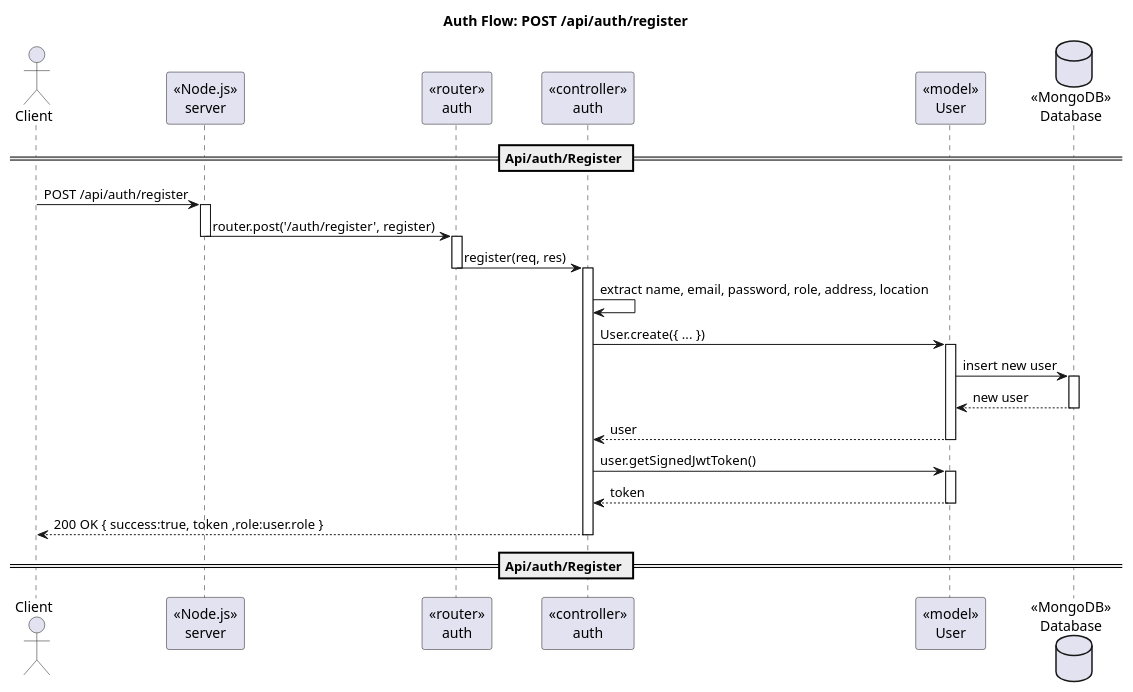
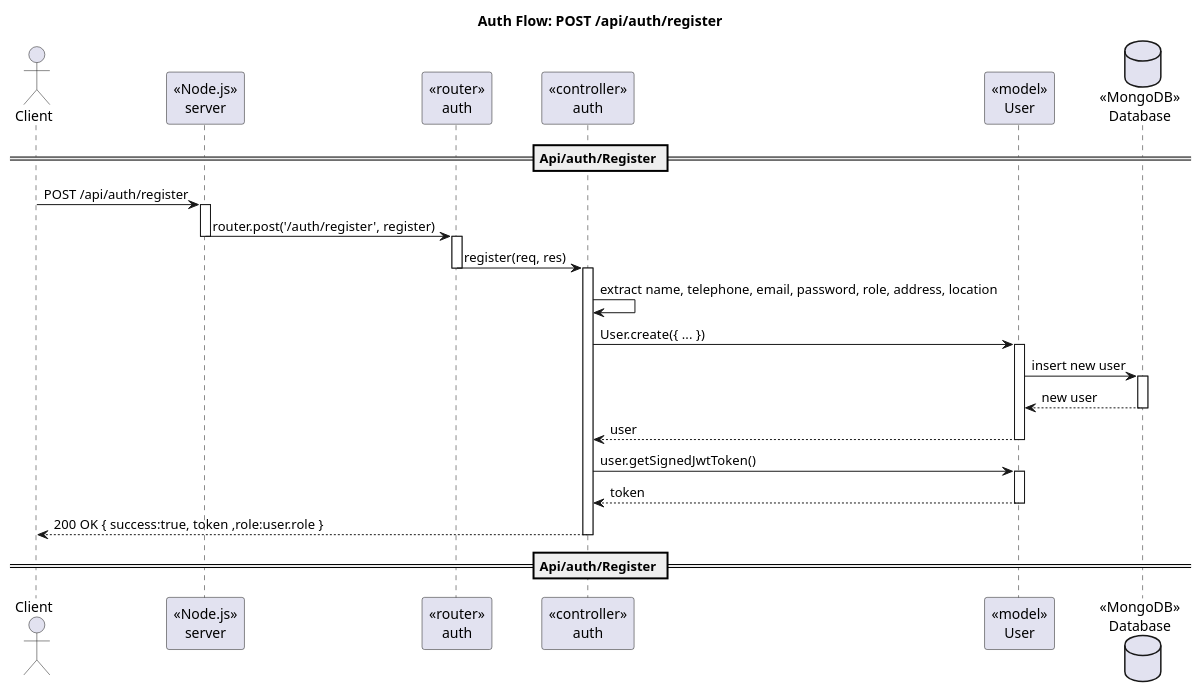
One commit to 098ff/ArtmaybeDEV changed the diagram in docs/diagram/sequence/seq_auth_register_post.puml. Above: the diagram before and after it, drawn with PlantUML. The commit also changed 3 other files, not shown here.

Commit message:
fix: some diagram logics

```diff
--- a/docs/diagram/sequence/seq_auth_register_post.puml
+++ b/docs/diagram/sequence/seq_auth_register_post.puml
@@ -1,41 +1,41 @@
 @startuml
 title Auth Flow: POST /api/auth/register
 actor Client
 participant "«Node.js»\nserver" as Server
 participant "«router»\nauth" as Router
 participant "«controller»\nauth" as Ctrl
 participant "«model»\nUser" as UserModel
 database "«MongoDB»\nDatabase" as DB
 
 == Api/auth/Register ==
 Client -> Server : POST /api/auth/register
 activate Server
 Server -> Router : router.post('/auth/register', register)
 deactivate Server
 activate Router
 
 Router -> Ctrl : register(req, res)
 deactivate Router
 activate Ctrl
 
-Ctrl -> Ctrl : extract name, email, password, role, address, location
+Ctrl -> Ctrl : extract name, telephone, email, password, role, address, location
 
 Ctrl -> UserModel : User.create({ ... })
 activate UserModel
 UserModel -> DB : insert new user
 activate DB
 DB --> UserModel : new user
 deactivate DB
 UserModel --> Ctrl : user
 deactivate UserModel
 
 Ctrl -> UserModel : user.getSignedJwtToken()
 activate UserModel
 UserModel --> Ctrl : token
 deactivate UserModel
 
 Ctrl --> Client : 200 OK { success:true, token ,role:user.role }
 
 deactivate Ctrl
 == Api/auth/Register ==
 @enduml
```
